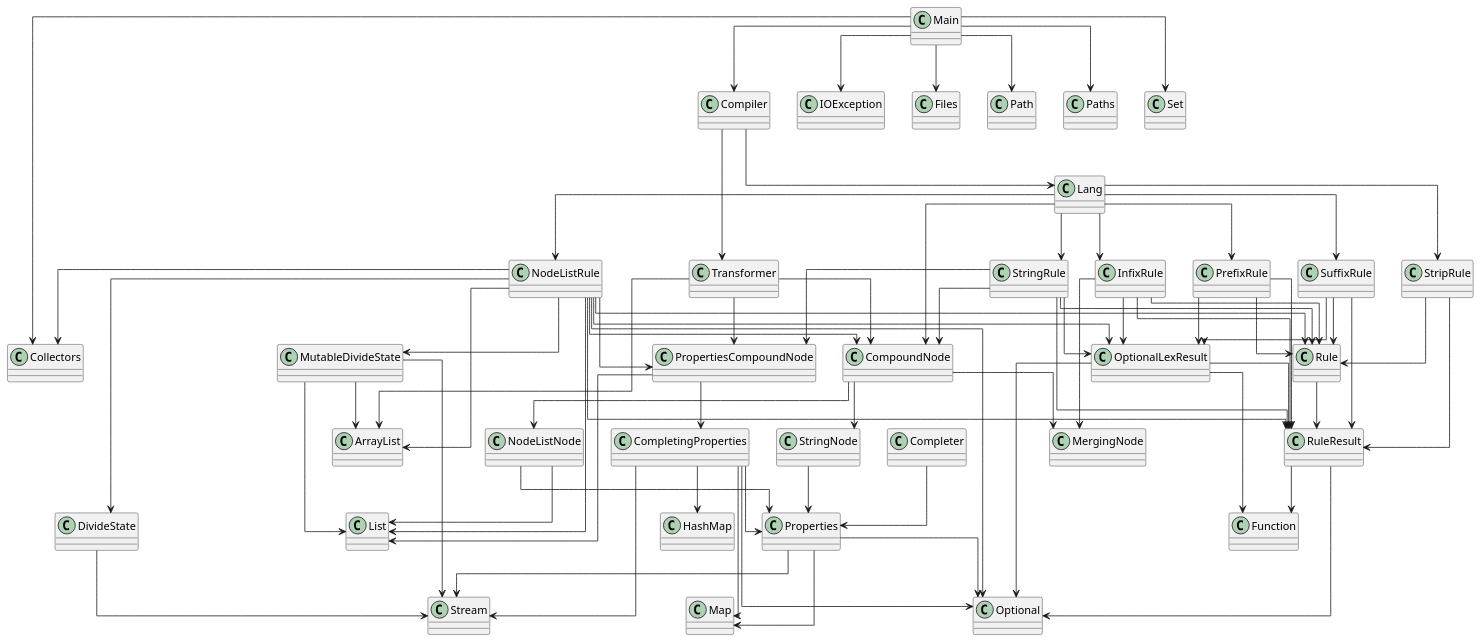
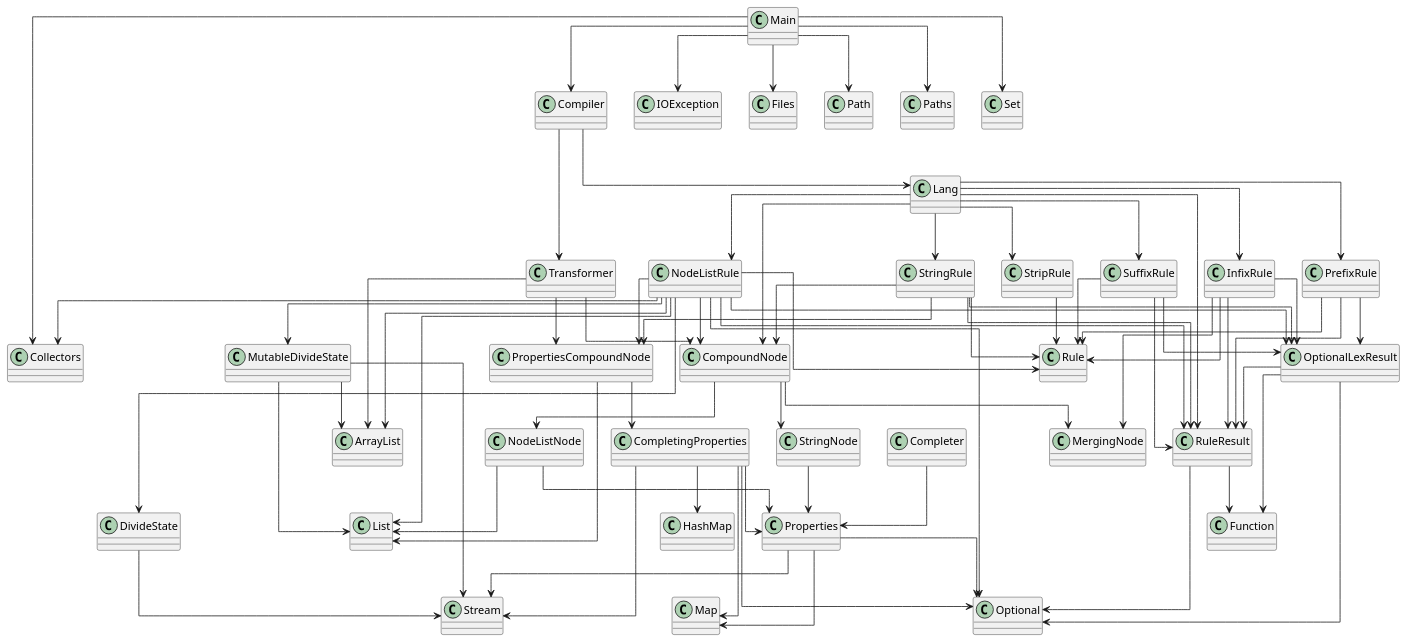
Before and after one commit to SirMathhman/Magma: the diagram in diagram.puml, drawn with PlantUML. The commit also changed 8 other files, not shown here.

```diff
--- a/diagram.puml
+++ b/diagram.puml
@@ -1,100 +1,99 @@
 @startuml
 skinparam linetype ortho
 class PropertiesCompoundNode
 PropertiesCompoundNode --> CompletingProperties
 PropertiesCompoundNode --> List
 class Transformer
 Transformer --> CompoundNode
 Transformer --> PropertiesCompoundNode
 Transformer --> ArrayList
 class MutableDivideState
 MutableDivideState --> ArrayList
 MutableDivideState --> List
 MutableDivideState --> Stream
 class InfixRule
 InfixRule --> Rule
 InfixRule --> MergingNode
 InfixRule --> RuleResult
 InfixRule --> OptionalLexResult
 class NodeListRule
 NodeListRule --> Rule
 NodeListRule --> CompoundNode
 NodeListRule --> PropertiesCompoundNode
 NodeListRule --> DivideState
 NodeListRule --> MutableDivideState
 NodeListRule --> RuleResult
 NodeListRule --> OptionalLexResult
 NodeListRule --> ArrayList
 NodeListRule --> List
 NodeListRule --> Optional
 NodeListRule --> Collectors
 class DivideState
 DivideState --> Stream
 class RuleResult
 RuleResult --> Optional
 RuleResult --> Function
 class StripRule
 StripRule --> Rule
-StripRule --> RuleResult
 class MergingNode
 class OptionalLexResult
 OptionalLexResult --> RuleResult
 OptionalLexResult --> Optional
 OptionalLexResult --> Function
 class Properties
 Properties --> Map
 Properties --> Optional
 Properties --> Stream
 class StringRule
 StringRule --> Rule
 StringRule --> CompoundNode
 StringRule --> PropertiesCompoundNode
 StringRule --> RuleResult
 StringRule --> OptionalLexResult
 class Rule
-Rule --> RuleResult
 class Completer
 Completer --> Properties
 class PrefixRule
 PrefixRule --> Rule
 PrefixRule --> RuleResult
 PrefixRule --> OptionalLexResult
 class NodeListNode
 NodeListNode --> Properties
 NodeListNode --> List
 class CompoundNode
 CompoundNode --> MergingNode
 CompoundNode --> NodeListNode
 CompoundNode --> StringNode
 class CompletingProperties
 CompletingProperties --> Properties
 CompletingProperties --> HashMap
 CompletingProperties --> Map
 CompletingProperties --> Optional
 CompletingProperties --> Stream
 class Lang
 Lang --> CompoundNode
 Lang --> NodeListRule
 Lang --> InfixRule
 Lang --> PrefixRule
 Lang --> StringRule
 Lang --> StripRule
 Lang --> SuffixRule
+Lang --> RuleResult
 class Main
 Main --> Compiler
 Main --> IOException
 Main --> Files
 Main --> Path
 Main --> Paths
 Main --> Set
 Main --> Collectors
 class SuffixRule
 SuffixRule --> Rule
 SuffixRule --> RuleResult
 SuffixRule --> OptionalLexResult
 class Compiler
 Compiler --> Lang
 Compiler --> Transformer
 class StringNode
 StringNode --> Properties
 @enduml
```
